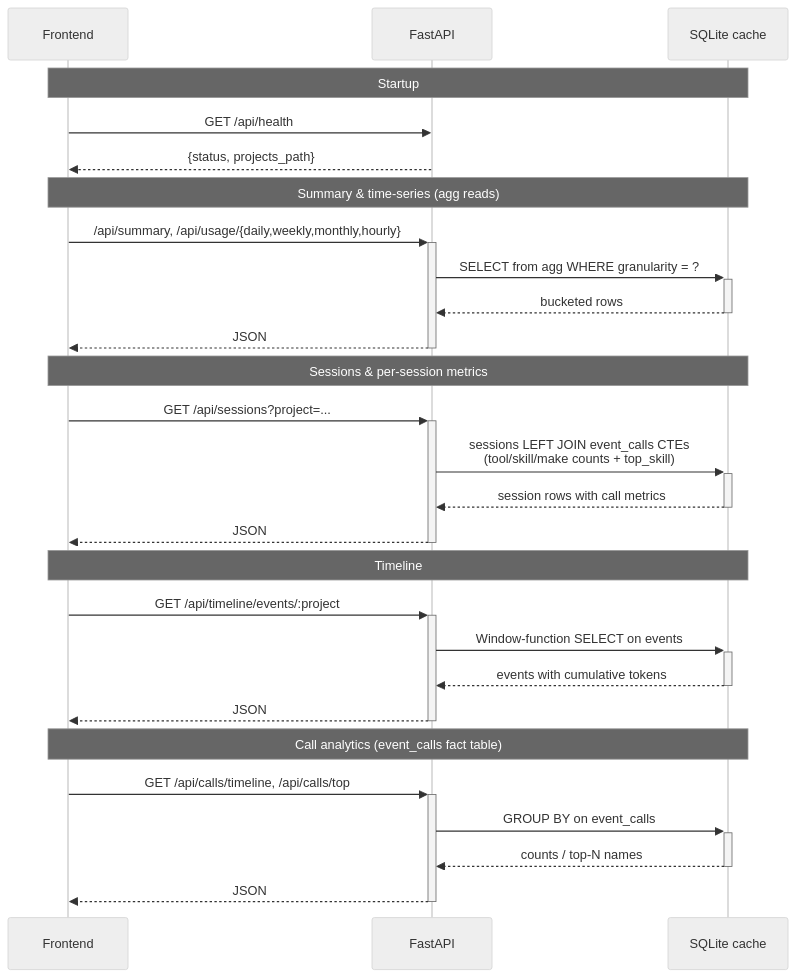
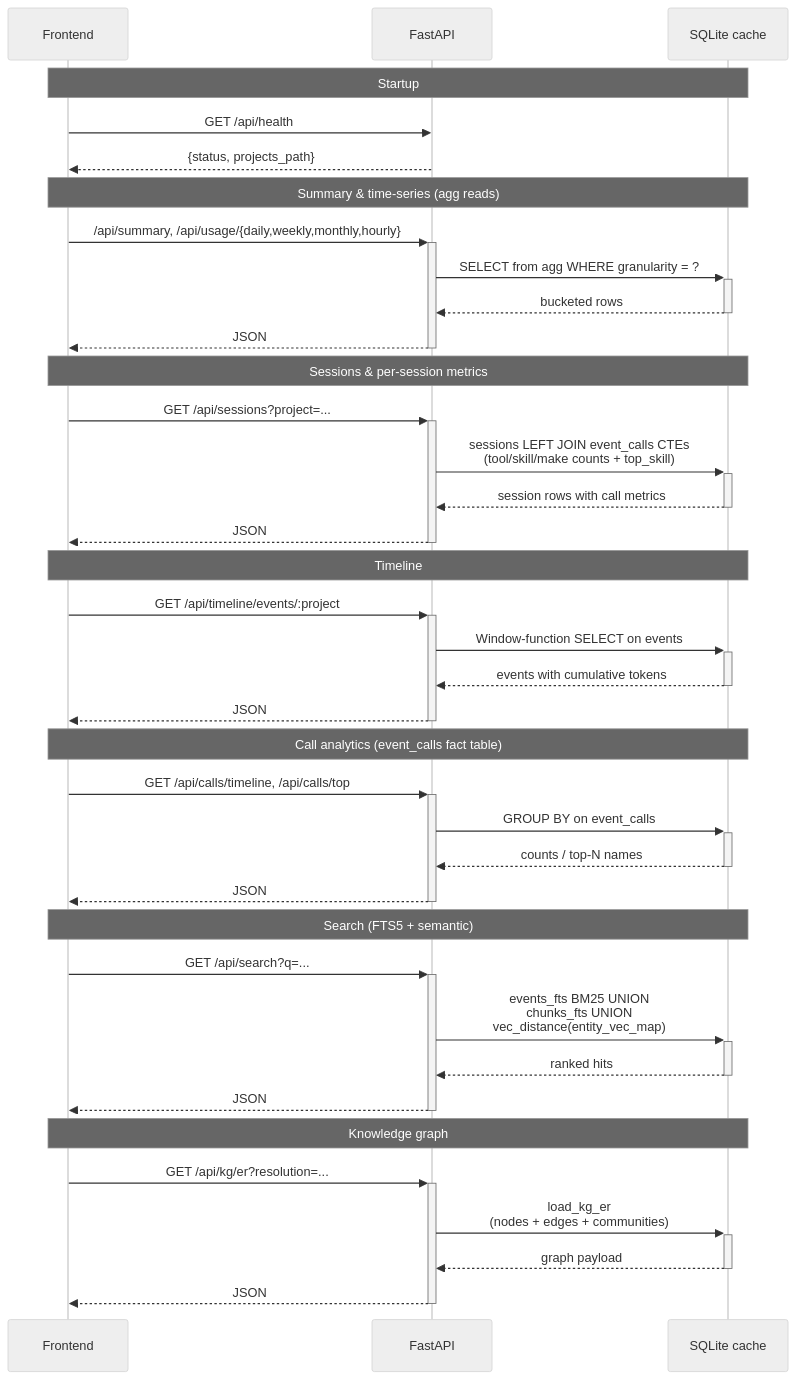
Before and after one commit to neozenith/claude-code-sessions: the sixth of 8 diagrams in README.md, drawn with Mermaid (neutral theme). The commit also changed other lines of this file, not shown here.

````diff
--- a/README.md
+++ b/README.md
@@ -157,34 +190,46 @@
 ```mermaid
 sequenceDiagram
     participant F as Frontend
     participant API as FastAPI
     participant DB as SQLite cache
 
     Note over F,DB: Startup
     F->>API: GET /api/health
     API-->>F: {status, projects_path}
 
     Note over F,DB: Summary & time-series (agg reads)
     F->>+API: /api/summary, /api/usage/{daily,weekly,monthly,hourly}
     API->>+DB: SELECT from agg WHERE granularity = ?
     DB-->>-API: bucketed rows
     API-->>-F: JSON
 
     Note over F,DB: Sessions & per-session metrics
     F->>+API: GET /api/sessions?project=...
     API->>+DB: sessions LEFT JOIN event_calls CTEs<br/>(tool/skill/make counts + top_skill)
     DB-->>-API: session rows with call metrics
     API-->>-F: JSON
 
     Note over F,DB: Timeline
     F->>+API: GET /api/timeline/events/:project
     API->>+DB: Window-function SELECT on events
     DB-->>-API: events with cumulative tokens
     API-->>-F: JSON
 
     Note over F,DB: Call analytics (event_calls fact table)
     F->>+API: GET /api/calls/timeline, /api/calls/top
     API->>+DB: GROUP BY on event_calls
     DB-->>-API: counts / top-N names
     API-->>-F: JSON
+
+    Note over F,DB: Search (FTS5 + semantic)
+    F->>+API: GET /api/search?q=...
+    API->>+DB: events_fts BM25 UNION<br/>chunks_fts UNION<br/>vec_distance(entity_vec_map)
+    DB-->>-API: ranked hits
+    API-->>-F: JSON
+
+    Note over F,DB: Knowledge graph
+    F->>+API: GET /api/kg/er?resolution=...
+    API->>+DB: load_kg_er<br/>(nodes + edges + communities)
+    DB-->>-API: graph payload
+    API-->>-F: JSON
 ```
````
